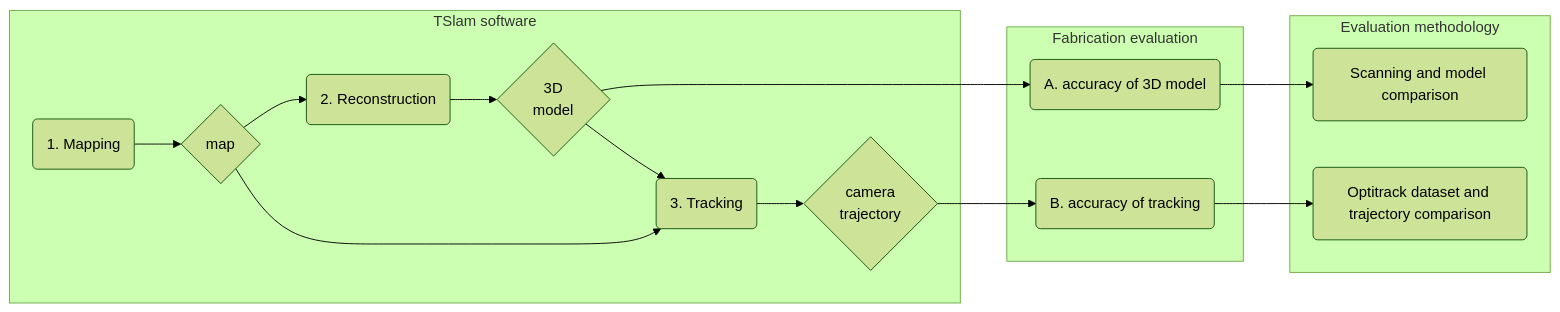
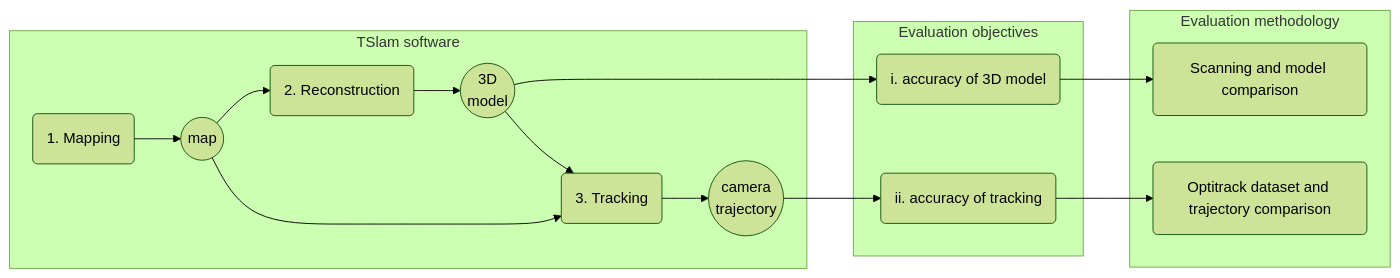
One commit to ibois-epfl/TSlam changed the first of 3 diagrams in eval/readme.md. Above: the diagram before and after it, drawn with Mermaid (forest theme). The commit also changed other lines of this file and 4 other files, not shown here.

````diff
--- a/eval/readme.md
+++ b/eval/readme.md
@@ -23,44 +30,44 @@
 ```mermaid
 graph LR
-    subgraph Fabrication evaluation
+    subgraph Evaluation objectives
       %% subgraph goals
-        A(A. accuracy of 3D model)
-        B(B. accuracy of tracking)
+        A(i. accuracy of 3D model)
+        B(ii. accuracy of tracking)
       %% end
       %%subgraph variables
       %%  var1(distribution of tags)
       %%  var2(density of tags)
       %%  var3(type of joineries)
       %%  var4(fabrication piece shape)
       %%end
     end
 
     subgraph TSlam software
       a(1. Mapping)
       b(2. Reconstruction)
       c(3. Tracking)
 
-      z{map}
-      k{3D \n model}
-      j{camera \n trajectory}
+      z((map))
+      k((3D \n model))
+      j((camera \n trajectory))
 
       a --> z
       b --> k
       c --> j
 
       z --> b
       z --> c
       k --> c
     end
 
     subgraph Evaluation methodology
       AA(Scanning and model comparison)
       BB(Optitrack dataset and trajectory comparison)
     end
 
     k --> A
     j --> B
 
     A --> AA
     B --> BB
 ```
````
